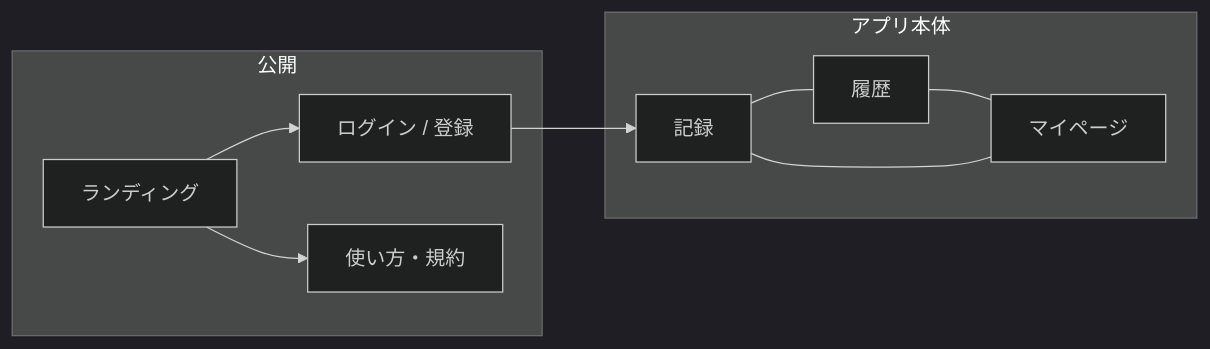
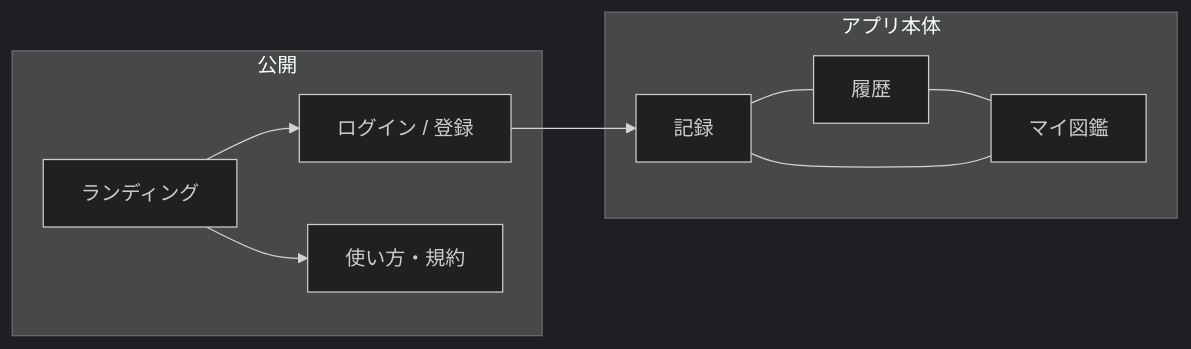
Before and after one commit to honeston/fissingplotter: the diagram in docs/screens/overview.md, drawn with Mermaid (dark theme). The commit also changed other lines of this file and 17 other files, not shown here.

Commit message:
ボトムナビを図鑑に差し替え、マイページは上バー左端から開けるようにする。

````diff
--- a/docs/screens/overview.md
+++ b/docs/screens/overview.md
@@ -24,21 +24,21 @@
 ```mermaid
 flowchart LR
   subgraph public ["公開"]
     Land["ランディング"]
     Auth["ログイン / 登録"]
     Legal["使い方・規約"]
   end
 
   subgraph app ["アプリ本体"]
     Rec["記録"]
     Hist["履歴"]
-    My["マイページ"]
+    Enc["マイ図鑑"]
   end
 
   Land --> Auth
   Land --> Legal
   Auth --> Rec
   Rec --- Hist
-  Hist --- My
-  Rec --- My
+  Hist --- Enc
+  Rec --- Enc
 ```
````
